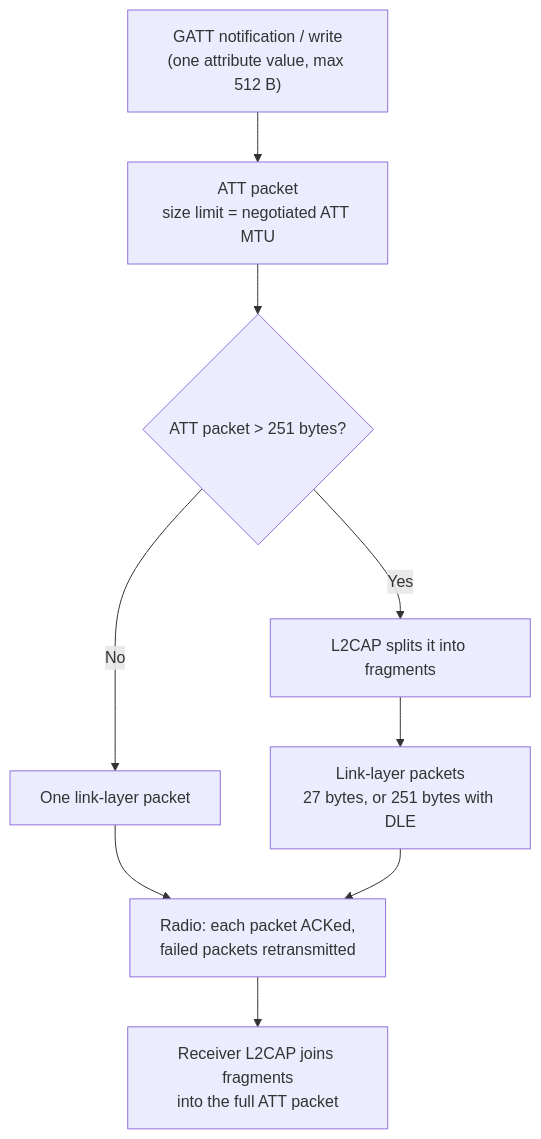
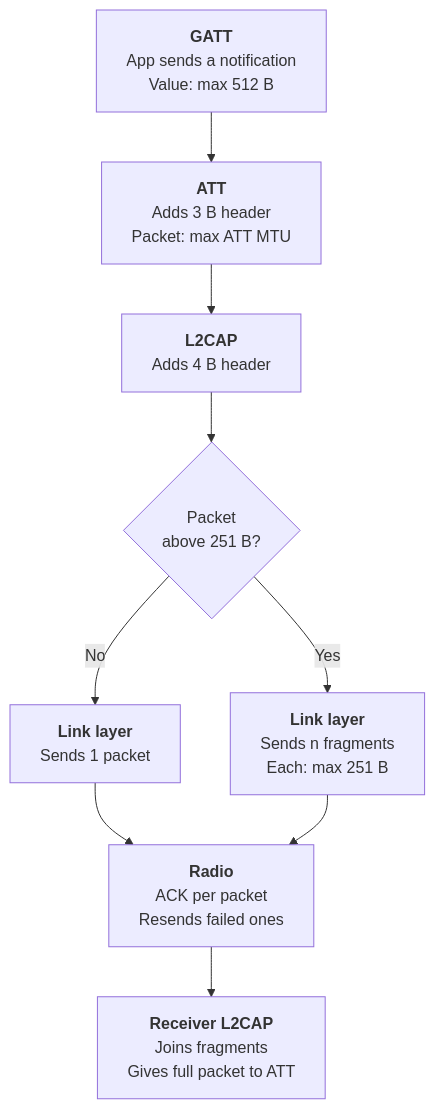
The diagram in content/learnings/ble-packet-sizes.md (sourabhmisal/sourabhmisal.github.io), drawn with Mermaid before and after one commit. The commit also changed 1 other file, not shown here.

Commit message:
Learnings: redraw packet flow chart with one layer per box
Claude-Session: https://claude.ai/code/session_013RKC8XgcoLKc4o1RVxLrhm

````diff
--- a/content/learnings/ble-packet-sizes.md
+++ b/content/learnings/ble-packet-sizes.md
@@ -12,11 +12,11 @@
 ```mermaid
 flowchart TD
-    A["GATT notification / write<br/>(one attribute value, max 512 B)"] --> B["ATT packet<br/>size limit = negotiated ATT MTU"]
-    B --> C{"ATT packet > 251 bytes?"}
-    C -- No --> D["One link-layer packet"]
-    C -- Yes --> E["L2CAP splits it into fragments"]
-    E --> F["Link-layer packets<br/>27 bytes, or 251 bytes with DLE"]
-    D --> G["Radio: each packet ACKed,<br/>failed packets retransmitted"]
+    A["<b>GATT</b><br/>App sends a notification<br/>Value: max 512 B"] --> B["<b>ATT</b><br/>Adds 3 B header<br/>Packet: max ATT MTU"]
+    B --> E["<b>L2CAP</b><br/>Adds 4 B header"]
+    E --> C{"Packet<br/>above 251 B?"}
+    C -- No --> D["<b>Link layer</b><br/>Sends 1 packet"]
+    C -- Yes --> F["<b>Link layer</b><br/>Sends n fragments<br/>Each: max 251 B"]
+    D --> G["<b>Radio</b><br/>ACK per packet<br/>Resends failed ones"]
     F --> G
-    G --> H["Receiver L2CAP joins fragments<br/>into the full ATT packet"]
+    G --> H["<b>Receiver L2CAP</b><br/>Joins fragments<br/>Gives full packet to ATT"]
 ```
````
